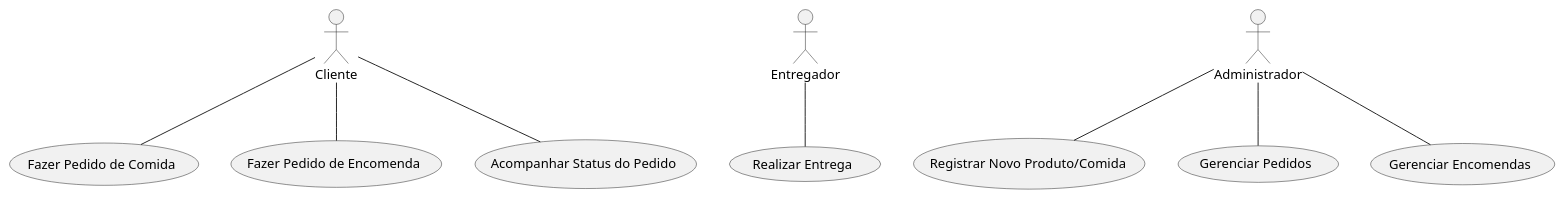
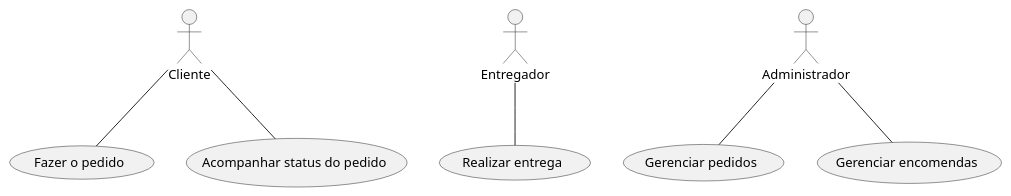
Before and after one commit to Projetos-de-Extensao/PBE_ADS_25.1_8001_II: the diagram in docs/base/CasosDeUso.md, drawn with PlantUML.

```diff
--- a/docs/base/CasosDeUso.md
+++ b/docs/base/CasosDeUso.md
@@ -1,25 +1,21 @@
 @startuml
 
 actor "Cliente" as Cliente
 actor "Entregador" as Entregador
 actor "Administrador" as Administrador
 
-usecase "Fazer Pedido de Comida" as UC1
-usecase "Fazer Pedido de Encomenda" as UC2
-usecase "Acompanhar Status do Pedido" as UC3
-usecase "Realizar Entrega" as UC4
-usecase "Registrar Novo Produto/Comida" as UC5
-usecase "Gerenciar Pedidos" as UC6
-usecase "Gerenciar Encomendas" as UC7
+usecase "Fazer o pedido" as UC2
+usecase "Acompanhar status do pedido" as UC3
+usecase "Realizar entrega" as UC4
+usecase "Gerenciar pedidos" as UC6
+usecase "Gerenciar encomendas" as UC7
 
-Cliente -- UC1
 Cliente -- UC2
 Cliente -- UC3
 
 Entregador -- UC4
 
-Administrador -- UC5
 Administrador -- UC6
 Administrador -- UC7
 
 @enduml
```
